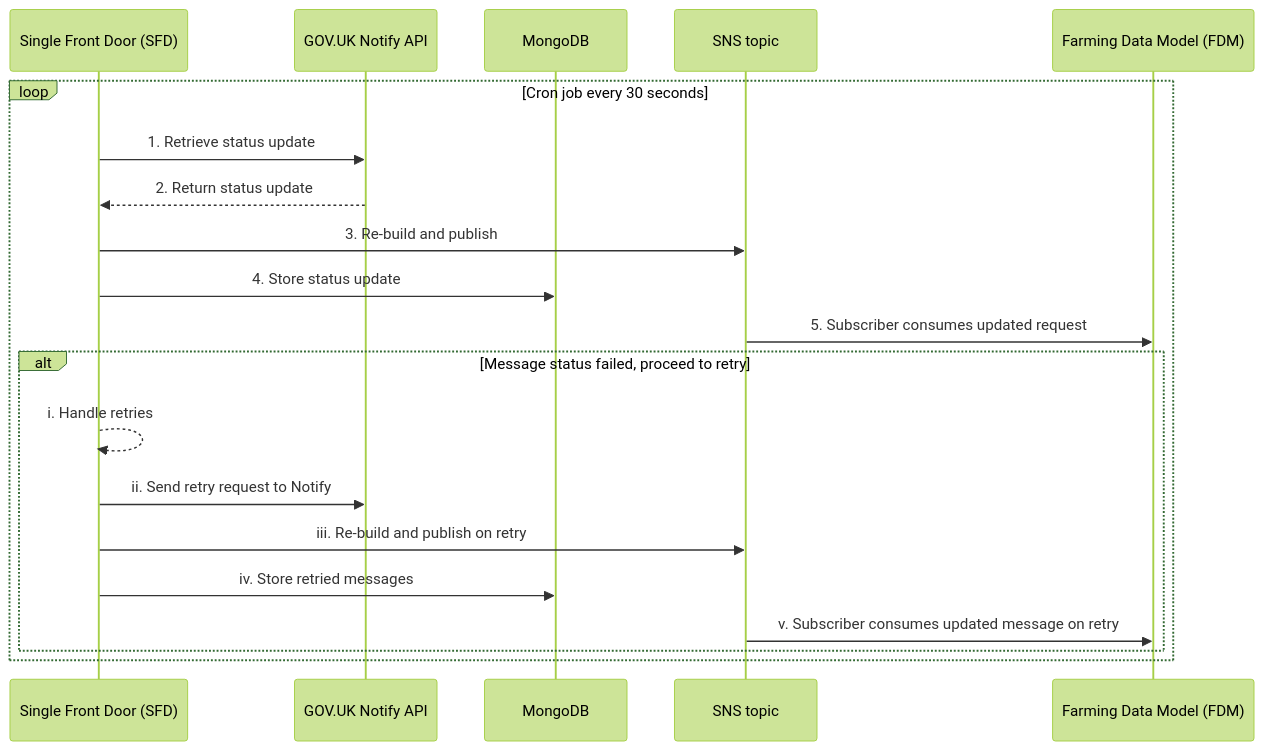
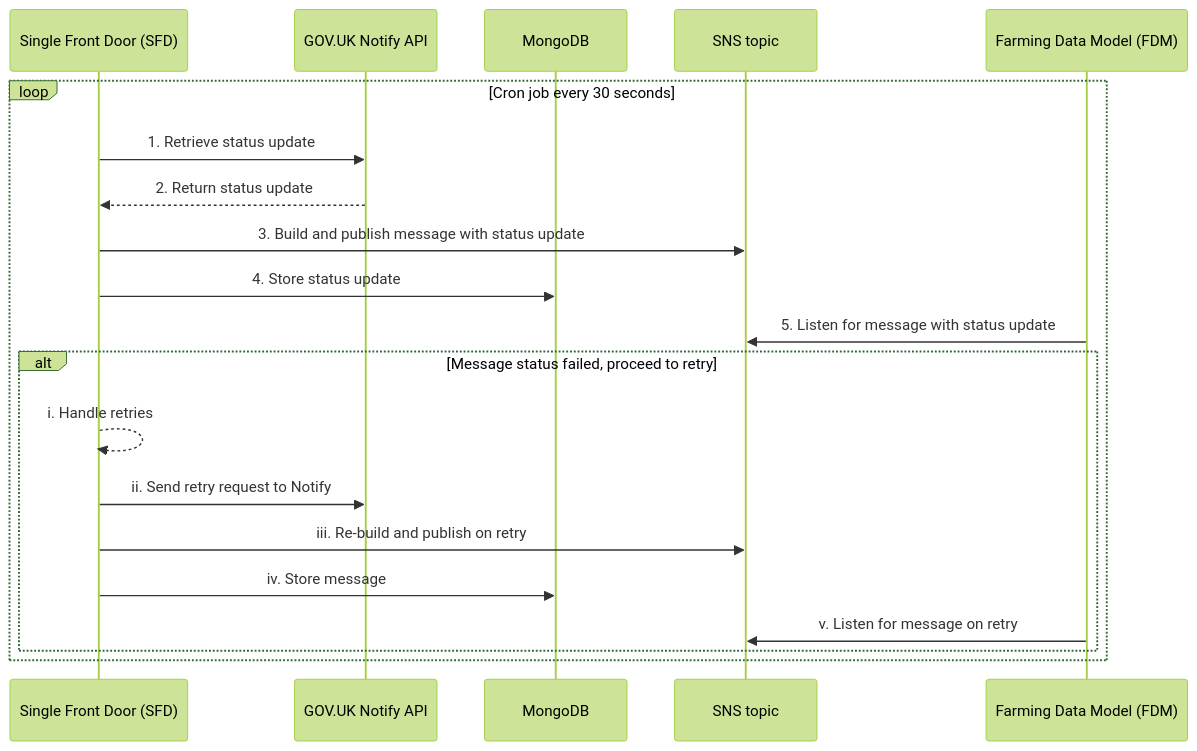
One commit to DEFRA/fcp-sfd-comms changed the second of 2 diagrams in README.md. Above: the diagram before and after it, drawn with Mermaid (forest theme). The commit also changed other lines of this file, not shown here.

Commit message:
update diagrams and stages

````diff
--- a/README.md
+++ b/README.md
@@ -97,24 +81,24 @@
 ```mermaid
 sequenceDiagram
     participant SFD as Single Front Door (SFD)
     participant NOTIFY as GOV.UK Notify API
     participant MONGO as MongoDB
     participant SNS as SNS topic
     participant FDM as Farming Data Model (FDM)
 
     loop Cron job every 30 seconds
         SFD->>NOTIFY: 1. Retrieve status update
         NOTIFY-->>SFD: 2. Return status update
-        SFD->>SNS: 3. Re-build and publish
+        SFD->>SNS: 3. Build and publish message with status update
         SFD->>MONGO: 4. Store status update
-        SNS->>FDM: 5. Subscriber consumes updated request
+        FDM->>SNS: 5. Listen for message with status update
 
         alt Message status failed, proceed to retry
             SFD-->>SFD: i. Handle retries
             SFD->>NOTIFY: ii. Send retry request to Notify
             SFD->>SNS: iii. Re-build and publish on retry
-            SFD->>MONGO: iv. Store retried messages
-            SNS->>FDM: v. Subscriber consumes updated message on retry
+            SFD->>MONGO: iv. Store message
+            FDM->>SNS: v. Listen for message on retry
         end
     end
 ```
````
